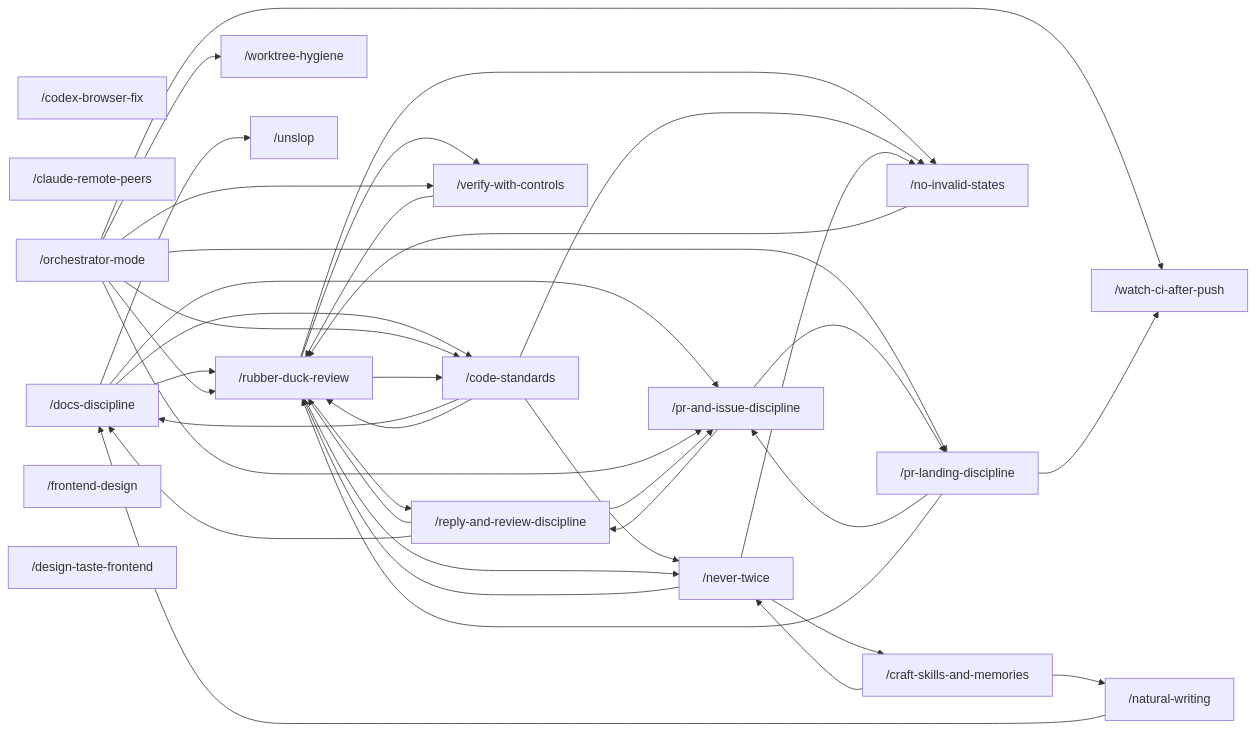
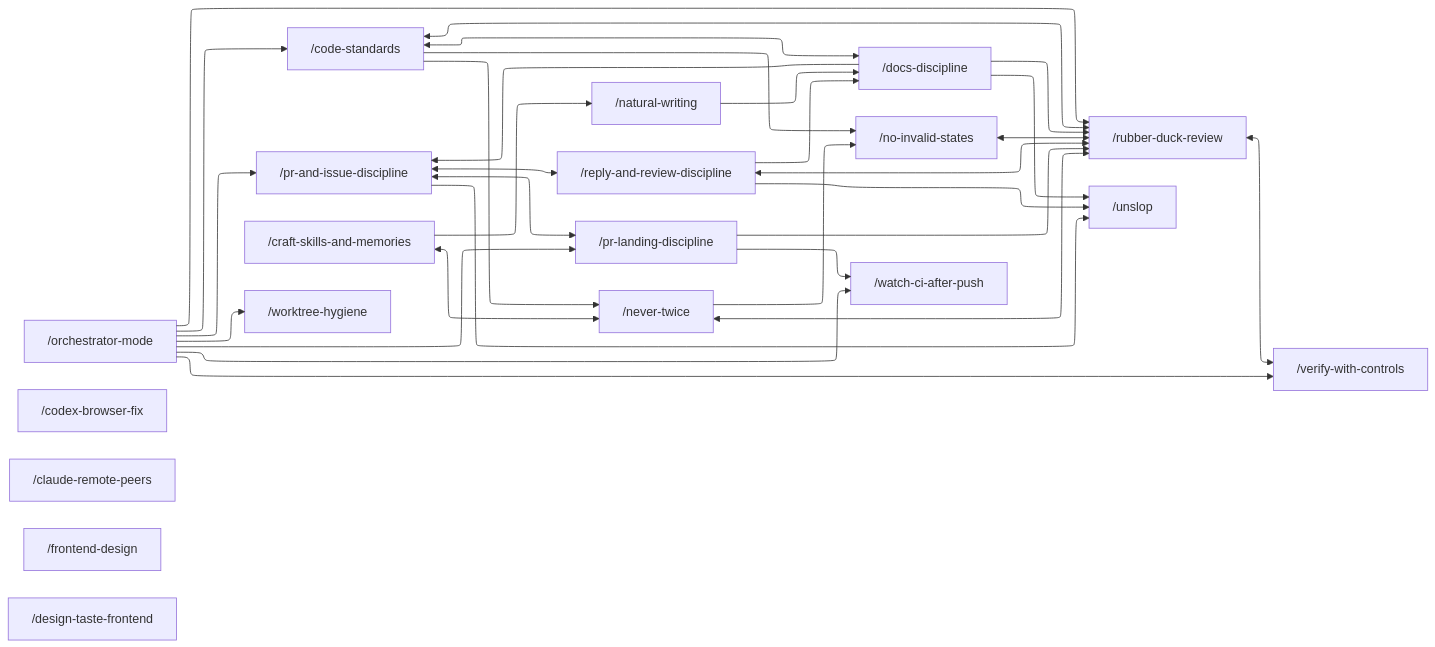
One commit to Vivswan/skills changed the diagram in README.md. Above: the diagram before and after it, drawn with Mermaid. The commit also changed other lines of this file and 6 other files, not shown here.

First line of the commit message:
fix(readme): every skill link opens its SKILL.md, and the graph lays out with ELK, bidirectional edges, and clickable nodes

````diff
--- a/README.md
+++ b/README.md
@@ -49,44 +49,79 @@
 ```mermaid
+---
+config:
+  layout: elk
+  elk:
+    nodePlacementStrategy: NETWORK_SIMPLEX
+---
 graph LR
+  dd["/docs-discipline"]
+  cs["/code-standards"]
+  nw["/natural-writing"]
+  om["/orchestrator-mode"]
+  pid["/pr-and-issue-discipline"]
+  rrd["/reply-and-review-discipline"]
+  rdr["/rubber-duck-review"]
+  pld["/pr-landing-discipline"]
+  nis["/no-invalid-states"]
+  nt["/never-twice"]
+  vwc["/verify-with-controls"]
+  csm["/craft-skills-and-memories"]
+  wca["/watch-ci-after-push"]
+  wh["/worktree-hygiene"]
+  us["/unslop"]
   cbf["/codex-browser-fix"]
   crp["/claude-remote-peers"]
-  dd["/docs-discipline"] --> rdr
+  fd["/frontend-design"]
+  dtf["/design-taste-frontend"]
+
+  cs <--> dd
+  cs <--> rdr
+  csm <--> nt
+  nis <--> rdr
+  nt <--> rdr
+  pid <--> pld
+  pid <--> rrd
+  rdr <--> rrd
+  rdr <--> vwc
+
+  dd --> rdr
   dd --> pid
-  dd --> cs
-  cs --> dd
   nw --> dd
-  om["/orchestrator-mode"] --> rdr["/rubber-duck-review"]
-  om --> wca["/watch-ci-after-push"]
-  om --> cs["/code-standards"]
-  om --> pid["/pr-and-issue-discipline"]
-  om --> pld["/pr-landing-discipline"]
-  om --> wh["/worktree-hygiene"]
-  pid --> pld
-  pid --> rrd["/reply-and-review-discipline"]
-  rrd --> pid
-  rrd --> rdr
+  om --> rdr
+  om --> wca
+  om --> cs
+  om --> pid
+  om --> pld
+  om --> wh
   rrd --> dd
-  rdr --> rrd
-  pld --> pid
   pld --> wca
   pld --> rdr
-  cs --> rdr
   cs --> nt
-  rdr --> cs
-  rdr --> nis["/no-invalid-states"]
-  rdr --> nt
-  rdr --> vwc
-  nis --> rdr
   cs --> nis
-  nt["/never-twice"] --> rdr
   nt --> nis
-  nt --> csm
-  om --> vwc["/verify-with-controls"]
-  vwc --> rdr
-  csm["/craft-skills-and-memories"] --> nw["/natural-writing"]
-  us["/unslop"]
-  fd["/frontend-design"]
-  dtf["/design-taste-frontend"]
+  om --> vwc
+  csm --> nw
   dd --> us
-  csm --> nt
+  pid --> us
+  rrd --> us
+
+  click dd "./skills/docs-discipline/SKILL.md"
+  click cs "./skills/code-standards/SKILL.md"
+  click nw "./skills/natural-writing/SKILL.md"
+  click om "./skills/orchestrator-mode/SKILL.md"
+  click pid "./skills/pr-and-issue-discipline/SKILL.md"
+  click rrd "./skills/reply-and-review-discipline/SKILL.md"
+  click rdr "./skills/rubber-duck-review/SKILL.md"
+  click pld "./skills/pr-landing-discipline/SKILL.md"
+  click nis "./skills/no-invalid-states/SKILL.md"
+  click nt "./skills/never-twice/SKILL.md"
+  click vwc "./skills/verify-with-controls/SKILL.md"
+  click csm "./skills/craft-skills-and-memories/SKILL.md"
+  click wca "./skills/watch-ci-after-push/SKILL.md"
+  click wh "./skills/worktree-hygiene/SKILL.md"
+  click us "./xeno/unslop/SKILL.md"
+  click cbf "./skills/codex-browser-fix/SKILL.md"
+  click crp "./skills/claude-remote-peers/SKILL.md"
+  click fd "./xeno/frontend-design/SKILL.md"
+  click dtf "./xeno/design-taste-frontend/SKILL.md"
 ```
````
